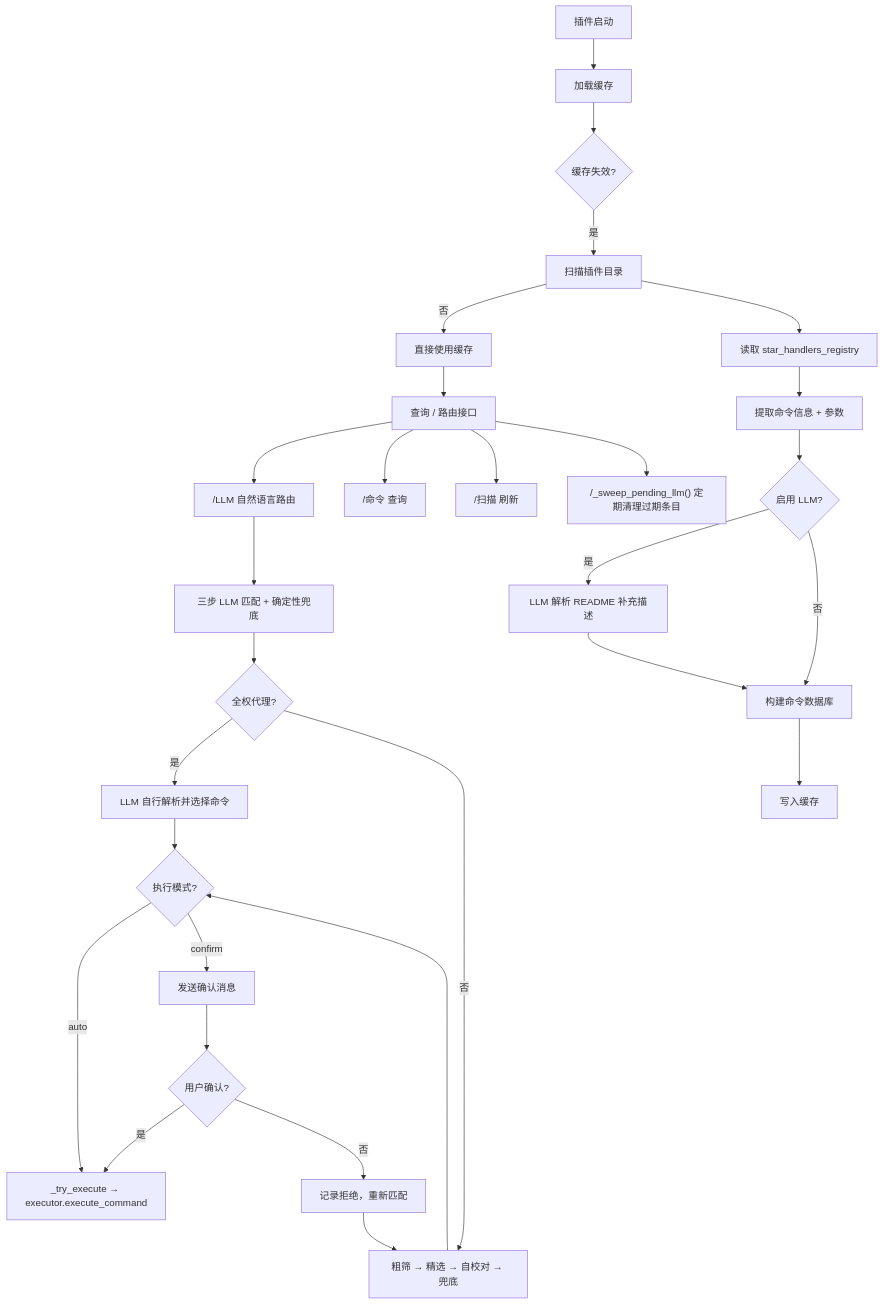
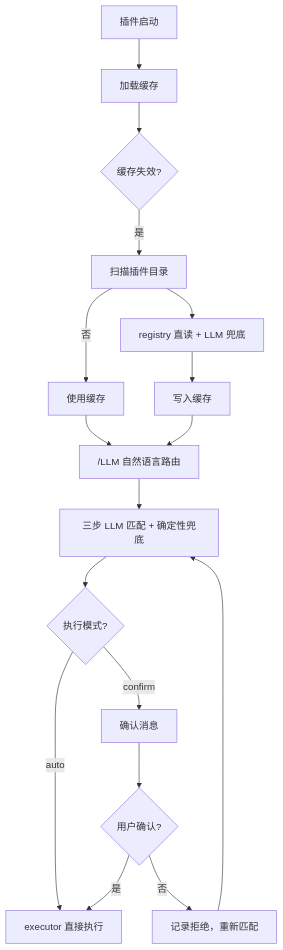
One commit to R1D3rZzz/astrbot_plugin_command_displayer changed the diagram in README.md. Above: the diagram before and after it, drawn with Mermaid.

Commit message:
Refactor mermaid diagram in README.md

````diff
--- a/README.md
+++ b/README.md
@@ -73,36 +73,21 @@
 ```mermaid
- graph TD                                     
-      A[插件启动] --> B[加载缓存]                                           
+graph TD                                                                                                                                                                                                                          
+      A[插件启动] --> B[加载缓存]              
       B --> C{缓存失效?}
-      C -->|是| D[扫描插件目录]                                                                                                                                                                                                    -->|否| E[直接使用缓存]
-      D --> F[读取 star_handlers_registry]                                                                                                                                                                                          
-      F --> G[提取命令信息 + 参数]                                
-      G --> H{启用 LLM?}
-      H -->|是| I[LLM 解析 README 补充描述]
-      H -->|否| J[构建命令数据库]
-      I --> J
-      J --> K[写入缓存]
-      E --> L[查询 / 路由接口]
+      C -->|是| D[扫描插件目录]                                                                                                                                                                                                    -->|否| E[使用缓存]
+      D --> F[registry 直读 + LLM 兜底]                                                                                                                                                                                             
+      F --> G[写入缓存]                                           
 
-      M["/LLM 自然语言路由"]
-      N["/命令 查询"]
-      O["/扫描 刷新"]
-      L --> M
-      L --> N
-      L --> O
+      H["/LLM 自然语言路由"] --> I[三步 LLM 匹配 + 确定性兜底]
+      I --> J{执行模式?}
+      J -->|auto| K[executor 直接执行]
+      J -->|confirm| L[确认消息]
+      L --> M{用户确认?}
+      M -->|是| K
+      M -->|否| N[记录拒绝，重新匹配]
+      N --> I
 
-      M --> P[三步 LLM 匹配 + 确定性兜底]
-      P --> Q{全权代理?}
-      Q -->|是| R[LLM 自行解析并选择命令]
-      Q -->|否| S[粗筛 → 精选 → 自校对 → 兜底]
-      R --> T{执行模式?}
-      S --> T
-      T -->|auto| U["_try_execute → executor.execute_command"]
-      T -->|confirm| V[发送确认消息]
-      V --> W{用户确认?}
-      W -->|是| U
-      W -->|否| X[记录拒绝，重新匹配]
-      X --> S
+      E --> H
+      G --> H
 
-      L --> Y["/_sweep_pending_llm() 定期清理过期条目"]
 ```
````
